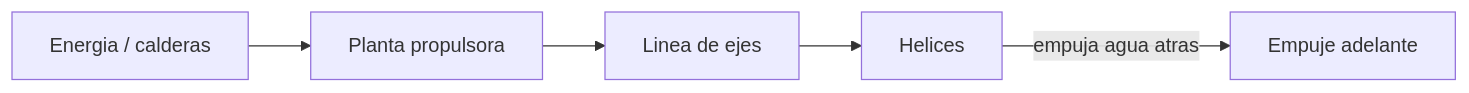
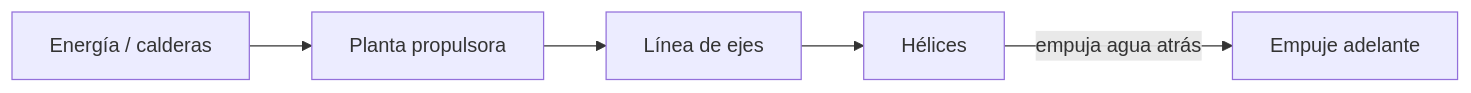
The second of 2 diagrams in vehiculos/portaviones/operacion/sistemas-mecanicos-portaviones.md (vladimiracunadev-create/machine-operator-program), drawn with Mermaid before and after one commit. The commit also changed other lines of this file and 442 other files, not shown here.

````diff
--- a/vehiculos/portaviones/operacion/sistemas-mecanicos-portaviones.md
+++ b/vehiculos/portaviones/operacion/sistemas-mecanicos-portaviones.md
@@ -51,7 +51,7 @@
 ```mermaid
 flowchart LR
-    Energia[Energia / calderas] --> Planta[Planta propulsora]
-    Planta --> Eje[Linea de ejes]
-    Eje --> Helice[Helices]
-    Helice -->|empuja agua atras| Empuje[Empuje adelante]
+    Energia[Energía / calderas] --> Planta[Planta propulsora]
+    Planta --> Eje[Línea de ejes]
+    Eje --> Helice[Hélices]
+    Helice -->|empuja agua atrás| Empuje[Empuje adelante]
 ```
````
